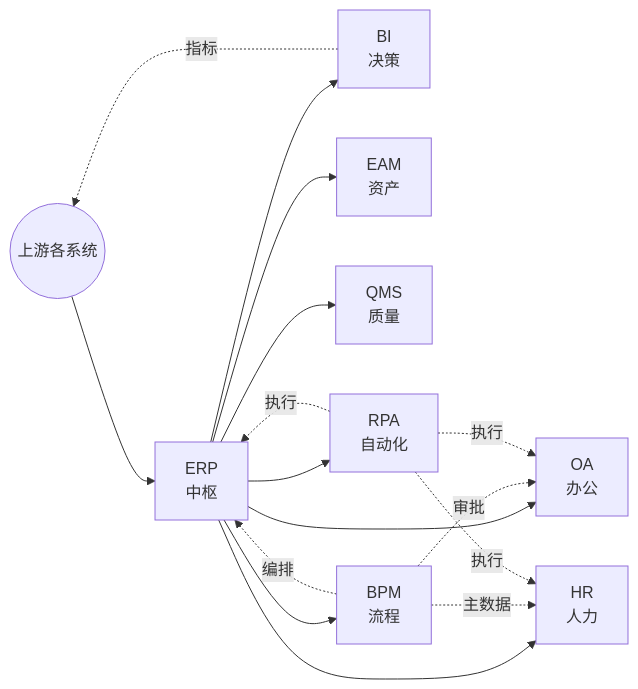
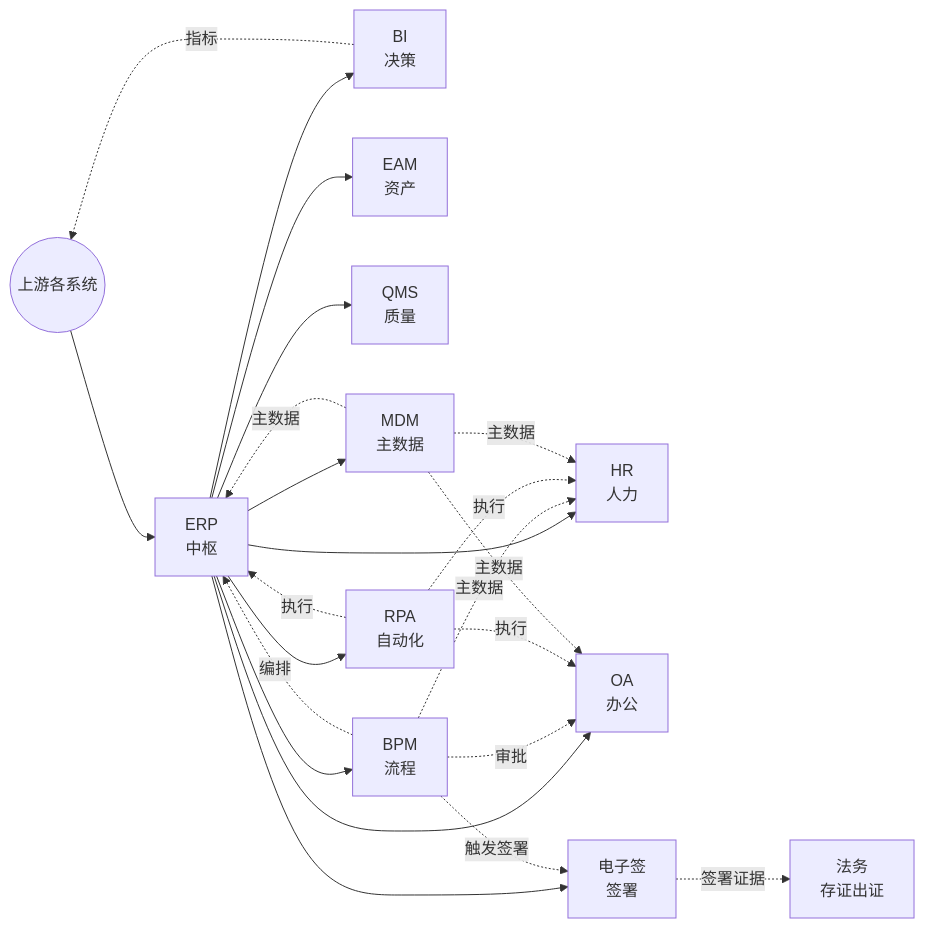
Before and after one commit to wb04307201/wb04307201: the diagram in note/08.application-systems/05-operations/README.md, drawn with Mermaid. The commit also changed other lines of this file and 1 other file, not shown here.

````diff
--- a/note/08.application-systems/05-operations/README.md
+++ b/note/08.application-systems/05-operations/README.md
@@ -16,18 +16,25 @@
 ```mermaid
 flowchart LR
     A((上游各系统)) --> B[ERP<br/>中枢]
     B --> C[BI<br/>决策]
     B --> D[EAM<br/>资产]
     B --> E[HR<br/>人力]
     B --> F[OA<br/>办公]
     B --> G[QMS<br/>质量]
     B --> H[BPM<br/>流程]
     B --> I[RPA<br/>自动化]
+    B --> J[MDM<br/>主数据]
+    B --> K[电子签<br/>签署]
     C -.指标.-> A
     H -.编排.-> B
     H -.审批.-> F
     H -.主数据.-> E
+    H -.触发签署.-> K
     I -.执行.-> B
     I -.执行.-> F
     I -.执行.-> E
+    J -.主数据.-> B
+    J -.主数据.-> E
+    J -.主数据.-> F
+    K -.签署证据.-> L[法务<br/>存证出证]
 ```
````
